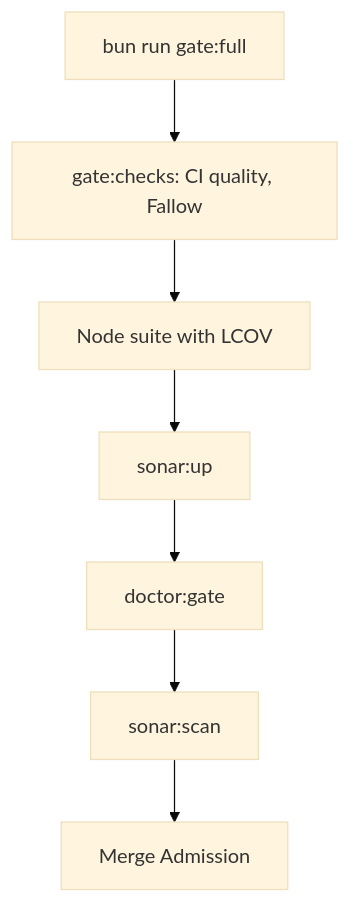
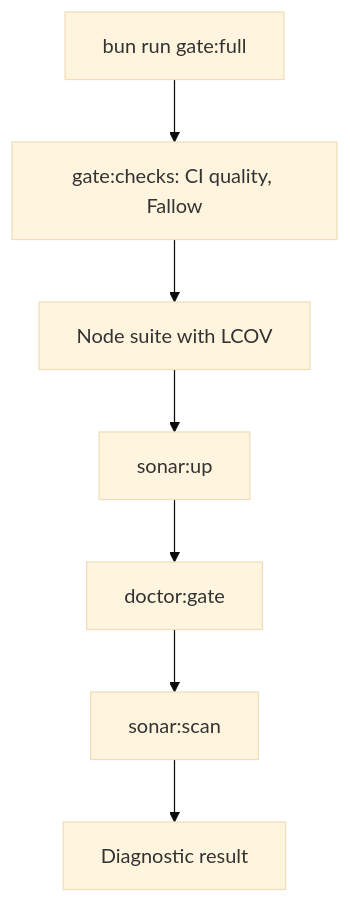
The first of 2 diagrams in .cubic/wiki/09-section-tools/02-p-testing-quality.md (immagiov4/Nous), drawn with Mermaid (base theme) before and after one commit. The commit also changed other lines of this file and 47 other files, not shown here.

````diff
--- a/.cubic/wiki/09-section-tools/02-p-testing-quality.md
+++ b/.cubic/wiki/09-section-tools/02-p-testing-quality.md
@@ -62,9 +62,9 @@
 ```mermaid
 flowchart TD
     Start[bun run gate:full] --> Checks[gate:checks: CI quality, Fallow]
     Checks --> Cov[Node suite with LCOV]
     Cov --> Up[sonar:up]
     Up --> Preflight[doctor:gate]
     Preflight --> Sonar[sonar:scan]
-    Sonar --> End[Merge Admission]
+    Sonar --> End[Diagnostic result]
 ```
````
